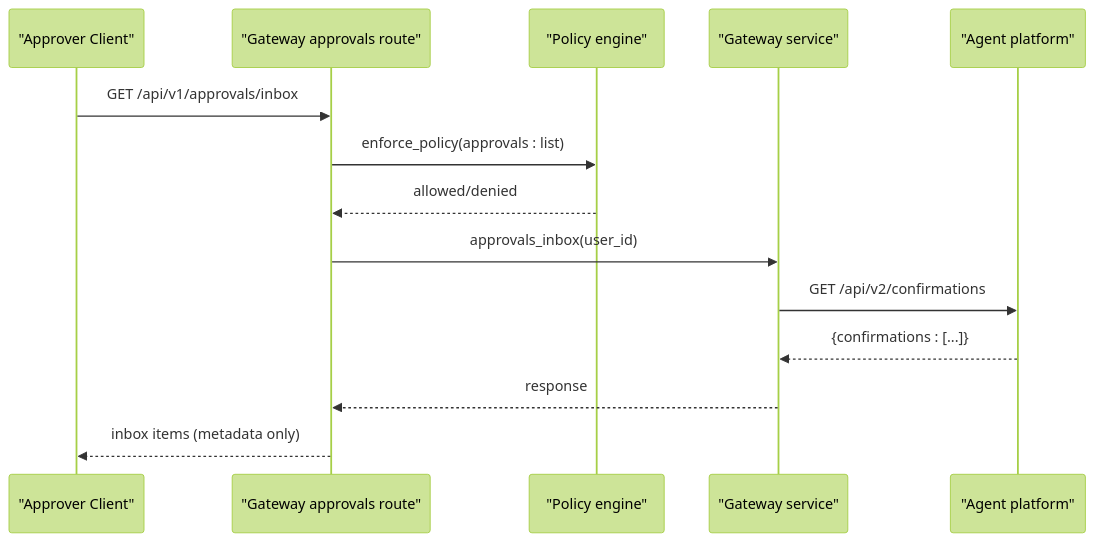
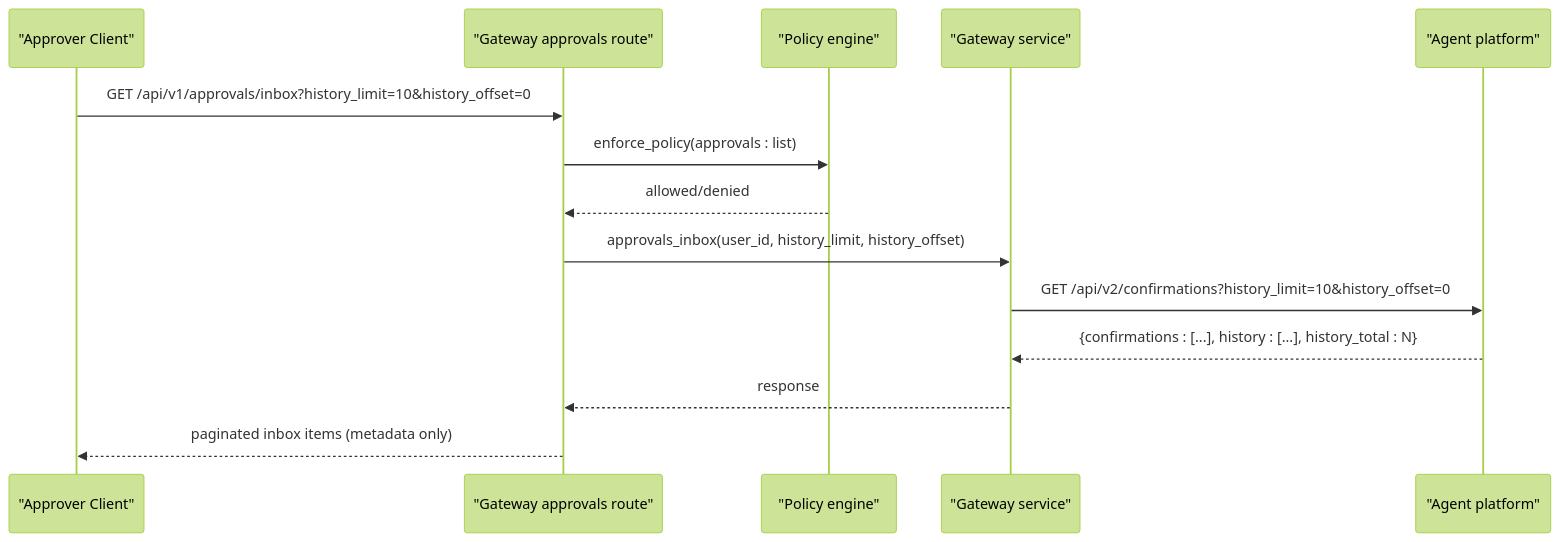
One commit to metasync/luban-aiops changed the fifth of 11 diagrams in .qoder/repowiki/en/content/Architecture Documentation/SPEC-031_ Approval Inbox and Persistent Confirmation Cards.md. Above: the diagram before and after it, drawn with Mermaid (forest theme). The commit also changed other lines of this file and 14 other files, not shown here.

````diff
--- a/.qoder/repowiki/en/content/Architecture Documentation/SPEC-031_ Approval Inbox and Persistent Confirmation Cards.md
+++ b/.qoder/repowiki/en/content/Architecture Documentation/SPEC-031_ Approval Inbox and Persistent Confirmation Cards.md
@@ -286,16 +310,16 @@
 ```mermaid
 sequenceDiagram
 participant Client as "Approver Client"
 participant Router as "Gateway approvals route"
 participant Policy as "Policy engine"
 participant Service as "Gateway service"
 participant Agent as "Agent platform"
-Client->>Router : GET /api/v1/approvals/inbox
+Client->>Router : GET /api/v1/approvals/inbox?history_limit=10&history_offset=0
 Router->>Policy : enforce_policy(approvals : list)
 Policy-->>Router : allowed/denied
-Router->>Service : approvals_inbox(user_id)
-Service->>Agent : GET /api/v2/confirmations
-Agent-->>Service : {confirmations : [...]}
+Router->>Service : approvals_inbox(user_id, history_limit, history_offset)
+Service->>Agent : GET /api/v2/confirmations?history_limit=10&history_offset=0
+Agent-->>Service : {confirmations : [...], history : [...], history_total : N}
 Service-->>Router : response
-Router-->>Client : inbox items (metadata only)
+Router-->>Client : paginated inbox items (metadata only)
 ```
````
